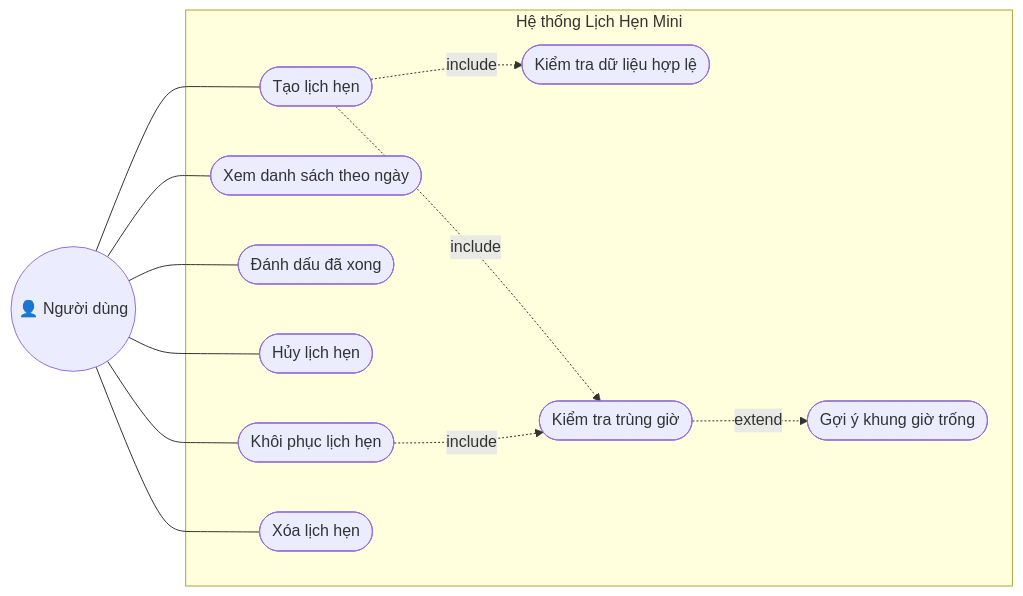
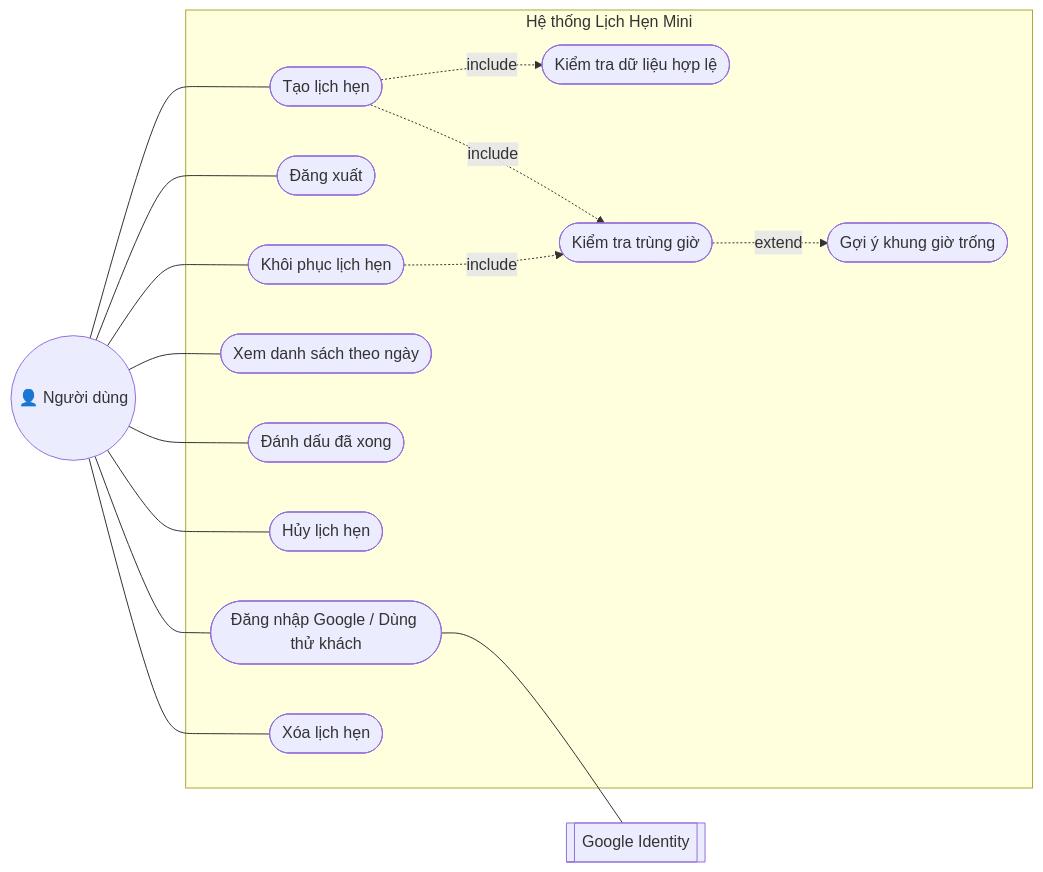
The first of 4 diagrams in docs/DESIGN.md (trucquynh0709/kits), drawn with Mermaid before and after one commit. The commit also changed other lines of this file and 8 other files, not shown here.

Commit message:
docs: document Google login — design diagrams, D9, setup guide, test cases, risk R1 update

````diff
--- a/docs/DESIGN.md
+++ b/docs/DESIGN.md
@@ -23,25 +24,31 @@
 ```mermaid
 flowchart LR
     U(("👤 Người dùng"))
+    G[["Google Identity"]]
     subgraph SYS["Hệ thống Lịch Hẹn Mini"]
+        UC0([Đăng nhập Google / Dùng thử khách])
+        UC7([Đăng xuất])
         UC1([Tạo lịch hẹn])
         UC1a([Kiểm tra dữ liệu hợp lệ])
         UC1b([Kiểm tra trùng giờ])
         UC1c([Gợi ý khung giờ trống])
         UC2([Xem danh sách theo ngày])
         UC3([Đánh dấu đã xong])
         UC4([Hủy lịch hẹn])
         UC5([Khôi phục lịch hẹn])
         UC6([Xóa lịch hẹn])
     end
+    U --- UC0
+    U --- UC7
+    UC0 --- G
     U --- UC1
     U --- UC2
     U --- UC3
     U --- UC4
     U --- UC5
     U --- UC6
     UC1 -. include .-> UC1a
     UC1 -. include .-> UC1b
     UC5 -. include .-> UC1b
     UC1b -. extend .-> UC1c
 ```
````
